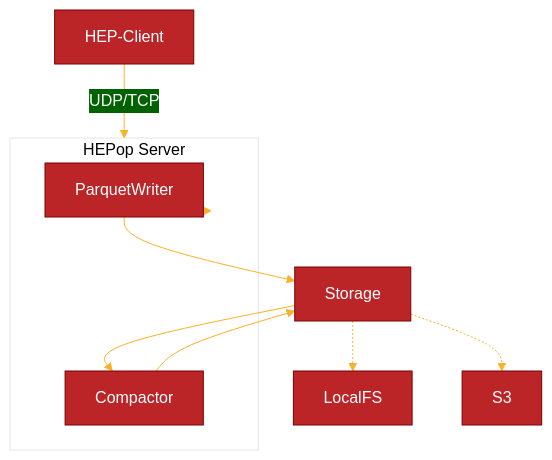
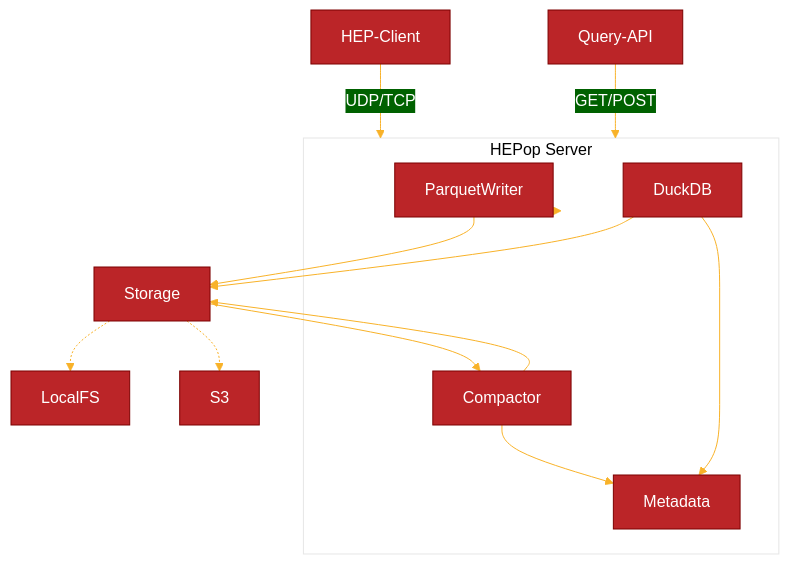
The diagram in README.md (sipcapture/HEPop), drawn with Mermaid before and after one commit.

Commit message:
Update Mermaid

````diff
--- a/README.md
+++ b/README.md
@@ -21,30 +21,36 @@
 ```mermaid
 %%{
   init: {
     'theme': 'base',
     'themeVariables': {
       'primaryColor': '#BB2528',
       'primaryTextColor': '#fff',
       'primaryBorderColor': '#7C0000',
       'lineColor': '#F8B229',
       'secondaryColor': '#006100',
       'tertiaryColor': '#fff'
     }
   }
 }%%
 
   graph TD;
       HEP-Client-- UDP/TCP -->HEPop;
       HEPop-->ParquetWriter;
       ParquetWriter-->Storage;
       Storage-->Compactor;
       Compactor-->Storage;
+      Compactor-->Metadata;
       Storage-.->LocalFS;
       Storage-.->S3;
+      Query-API-- GET/POST --> HEPop;
+      DuckDB-->Storage;
+      DuckDB-->Metadata;
 
       subgraph HEPop[HEPop Server]
         ParquetWriter
         Compactor
+        Metadata;
+        DuckDB;
       end
 
 ```
````
